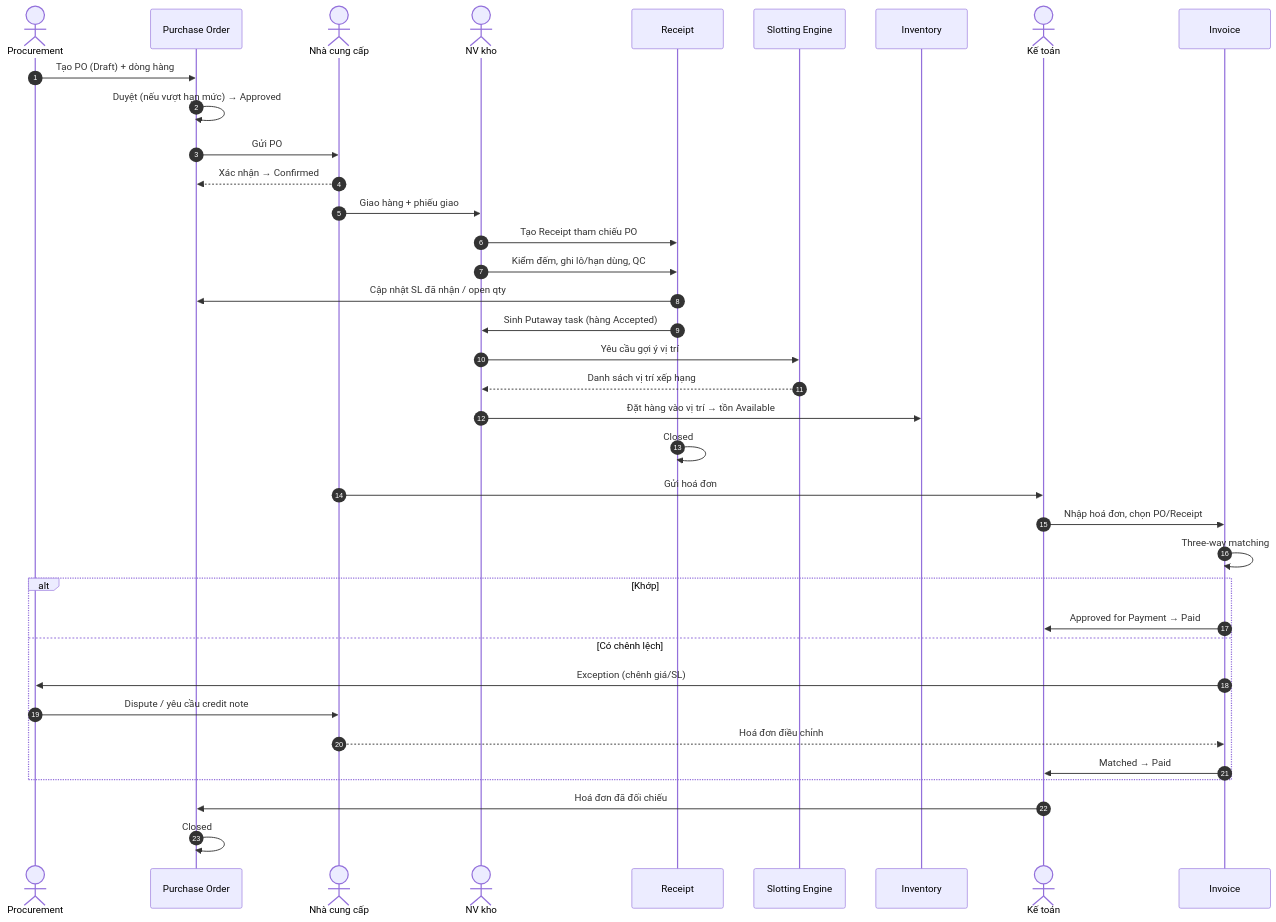
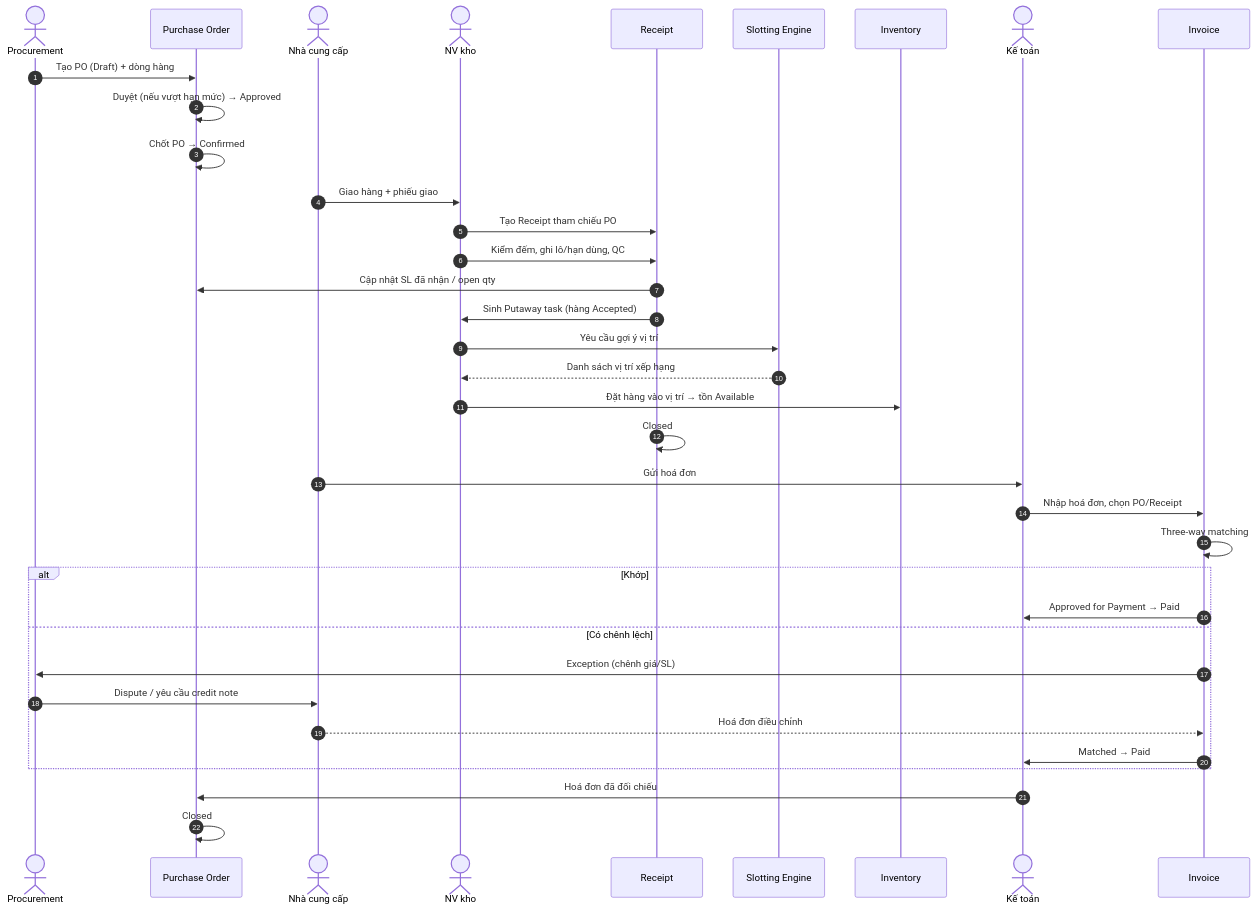
One commit to KLTN-FA26/docs changed the second of 8 diagrams in docs/diagrams/README.md. Above: the diagram before and after it, drawn with Mermaid. The commit also changed other lines of this file, not shown here.

````diff
--- a/docs/diagrams/README.md
+++ b/docs/diagrams/README.md
@@ -62,40 +64,39 @@
 ```mermaid
 sequenceDiagram
     autonumber
     actor PROC as Procurement
     participant PO as Purchase Order
     actor VENDOR as Nhà cung cấp
     actor WH as NV kho
     participant RC as Receipt
     participant SLOT as Slotting Engine
     participant INVSYS as Inventory
     actor AP as Kế toán
     participant INV as Invoice
 
     PROC->>PO: Tạo PO (Draft) + dòng hàng
     PO->>PO: Duyệt (nếu vượt hạn mức) → Approved
-    PO->>VENDOR: Gửi PO
-    VENDOR-->>PO: Xác nhận → Confirmed
+    PO->>PO: Chốt PO → Confirmed
     VENDOR->>WH: Giao hàng + phiếu giao
     WH->>RC: Tạo Receipt tham chiếu PO
     WH->>RC: Kiểm đếm, ghi lô/hạn dùng, QC
     RC->>PO: Cập nhật SL đã nhận / open qty
     RC->>WH: Sinh Putaway task (hàng Accepted)
     WH->>SLOT: Yêu cầu gợi ý vị trí
     SLOT-->>WH: Danh sách vị trí xếp hạng
     WH->>INVSYS: Đặt hàng vào vị trí → tồn Available
     RC->>RC: Closed
     VENDOR->>AP: Gửi hoá đơn
     AP->>INV: Nhập hoá đơn, chọn PO/Receipt
     INV->>INV: Three-way matching
     alt Khớp
         INV->>AP: Approved for Payment → Paid
     else Có chênh lệch
         INV->>PROC: Exception (chênh giá/SL)
         PROC->>VENDOR: Dispute / yêu cầu credit note
         VENDOR-->>INV: Hoá đơn điều chỉnh
         INV->>AP: Matched → Paid
     end
     AP->>PO: Hoá đơn đã đối chiếu
     PO->>PO: Closed
 ```
````
